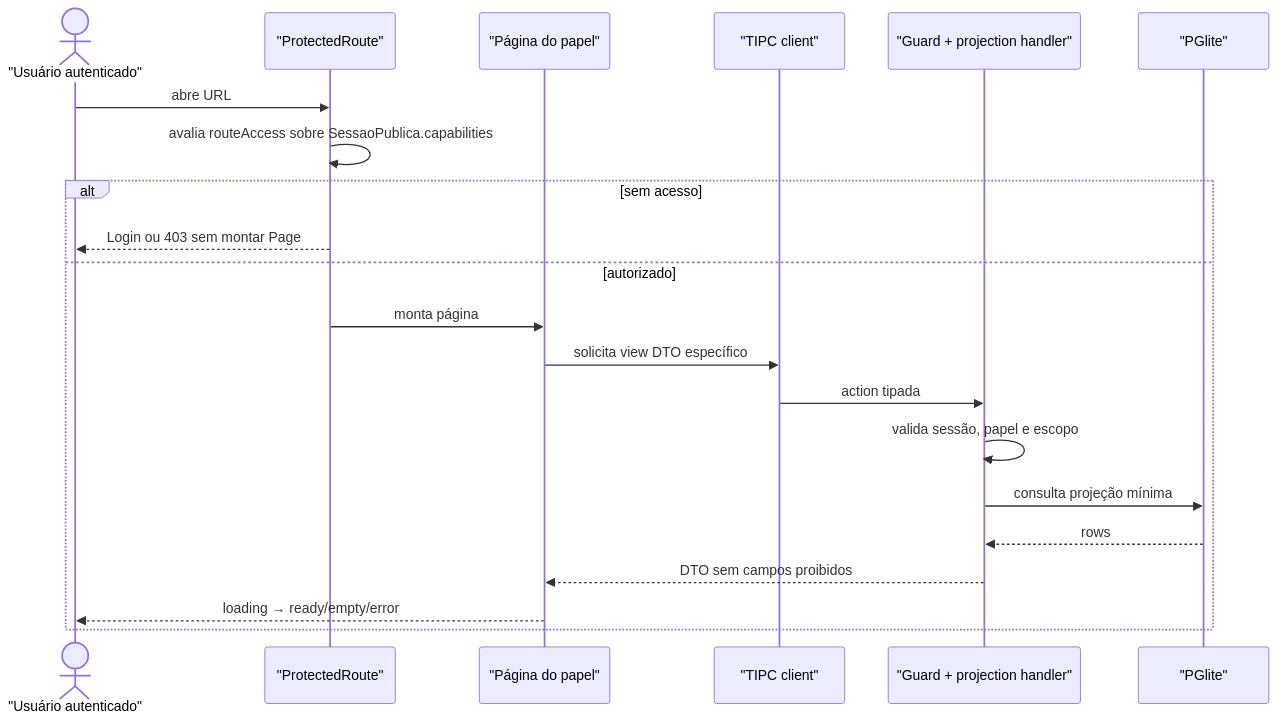
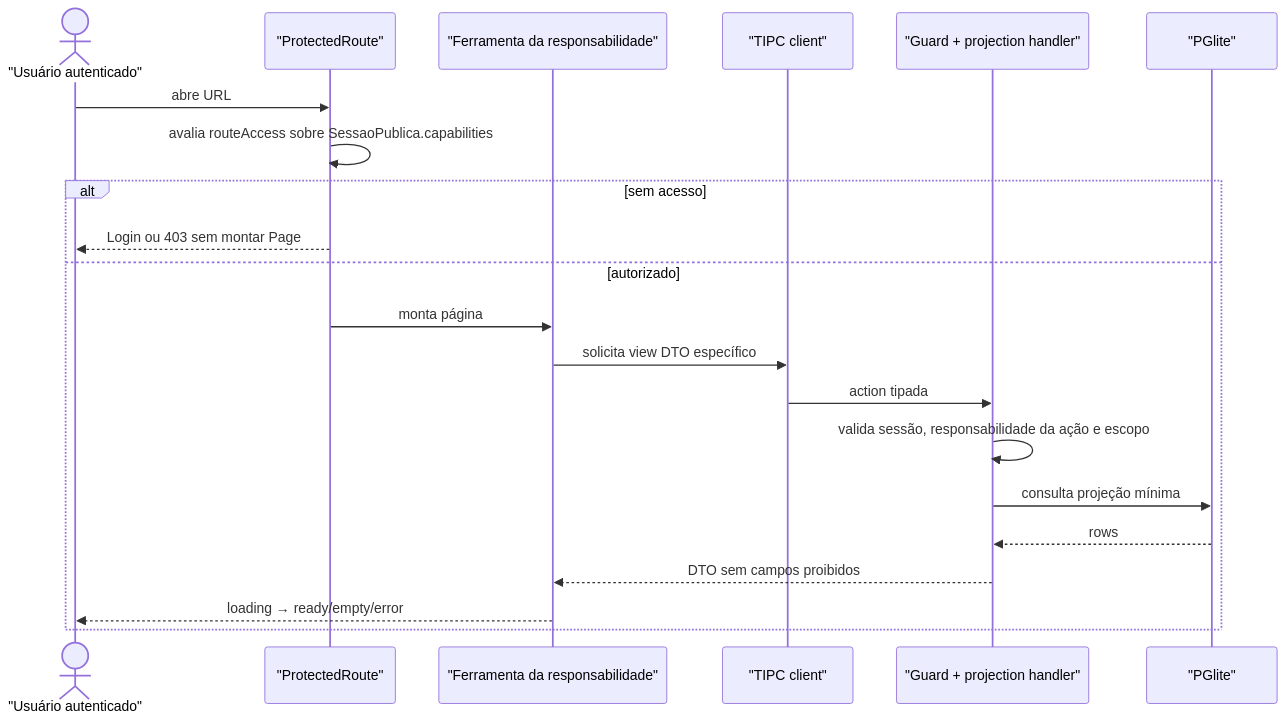
One commit to nmarcofernandess/antessala changed the first of 2 diagrams in hack/domains/BUILD-superficies-e-configuracoes.md. Above: the diagram before and after it, drawn with Mermaid. The commit also changed other lines of this file and 29 other files, not shown here.

````diff
--- a/hack/domains/BUILD-superficies-e-configuracoes.md
+++ b/hack/domains/BUILD-superficies-e-configuracoes.md
@@ -694,23 +740,23 @@
 ```mermaid
 sequenceDiagram
   actor User as "Usuário autenticado"
   participant Route as "ProtectedRoute"
-  participant Page as "Página do papel"
+  participant Page as "Ferramenta da responsabilidade"
   participant Client as "TIPC client"
   participant Main as "Guard + projection handler"
   participant DB as "PGlite"
   User->>Route: abre URL
   Route->>Route: avalia routeAccess sobre SessaoPublica.capabilities
   alt sem acesso
     Route-->>User: Login ou 403 sem montar Page
   else autorizado
     Route->>Page: monta página
     Page->>Client: solicita view DTO específico
     Client->>Main: action tipada
-    Main->>Main: valida sessão, papel e escopo
+    Main->>Main: valida sessão, responsabilidade da ação e escopo
     Main->>DB: consulta projeção mínima
     DB-->>Main: rows
     Main-->>Page: DTO sem campos proibidos
     Page-->>User: loading → ready/empty/error
   end
 ```
````
